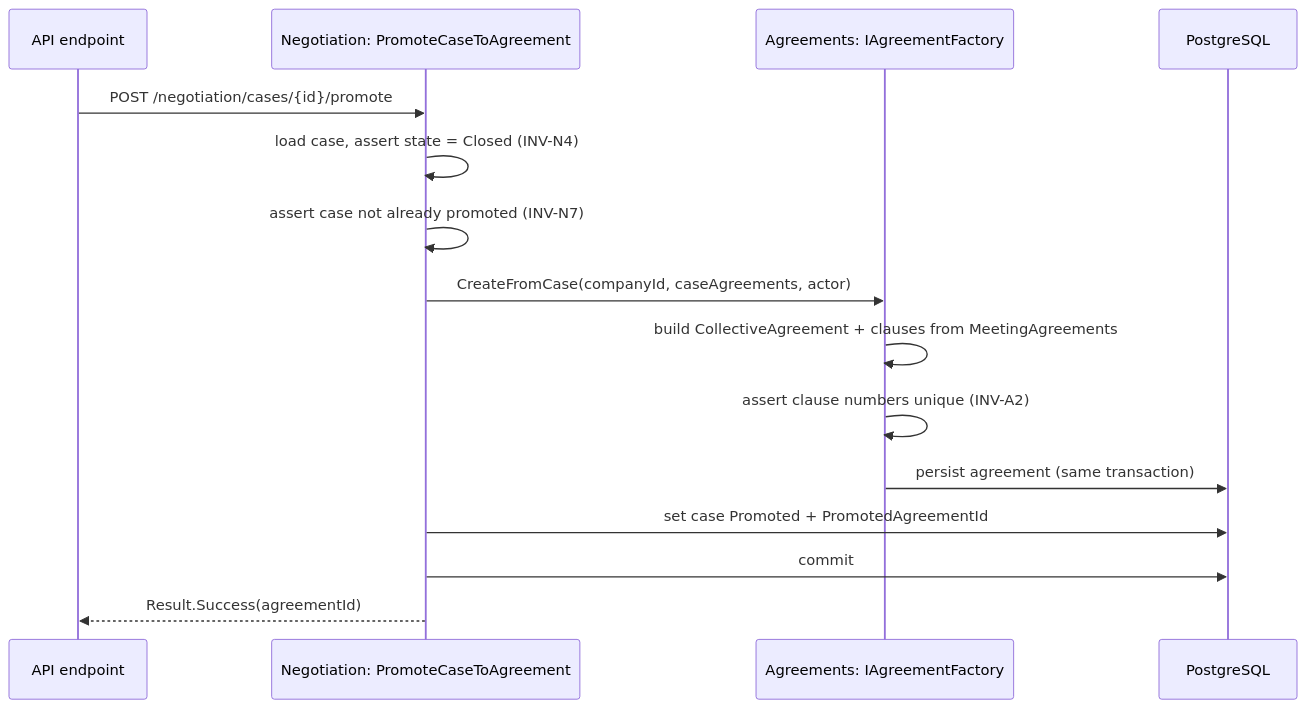
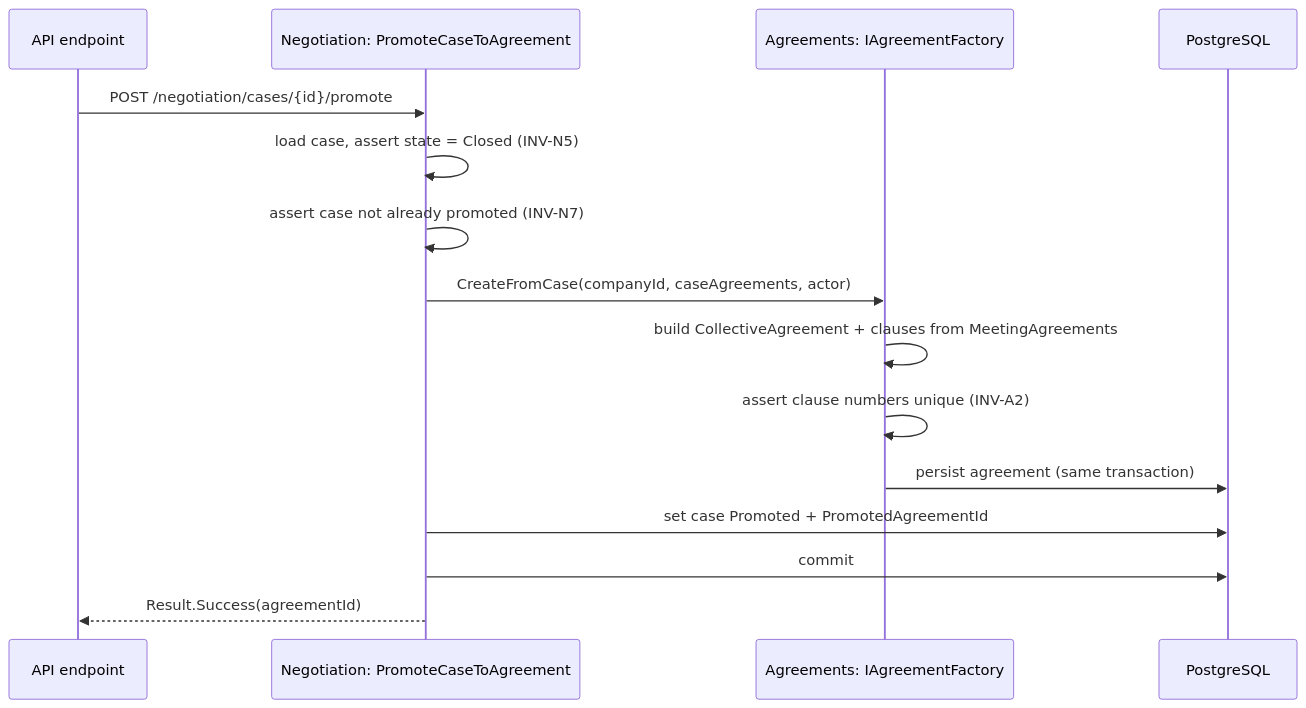
One commit to acamposve/convencion-aspire-ai changed the seventh of 7 diagrams in docs/architecture/domain-model.md. Above: the diagram before and after it, drawn with Mermaid. The commit also changed other lines of this file and 6 other files, not shown here.

````diff
--- a/docs/architecture/domain-model.md
+++ b/docs/architecture/domain-model.md
@@ -498,18 +516,18 @@
 ```mermaid
 sequenceDiagram
     participant API as API endpoint
     participant N as Negotiation: PromoteCaseToAgreement
     participant A as Agreements: IAgreementFactory
     participant DB as PostgreSQL
 
     API->>N: POST /negotiation/cases/{id}/promote
-    N->>N: load case, assert state = Closed (INV-N4)
+    N->>N: load case, assert state = Closed (INV-N5)
     N->>N: assert case not already promoted (INV-N7)
     N->>A: CreateFromCase(companyId, caseAgreements, actor)
     A->>A: build CollectiveAgreement + clauses from MeetingAgreements
     A->>A: assert clause numbers unique (INV-A2)
     A->>DB: persist agreement (same transaction)
     N->>DB: set case Promoted + PromotedAgreementId
     N->>DB: commit
     N-->>API: Result.Success(agreementId)
 ```
````
